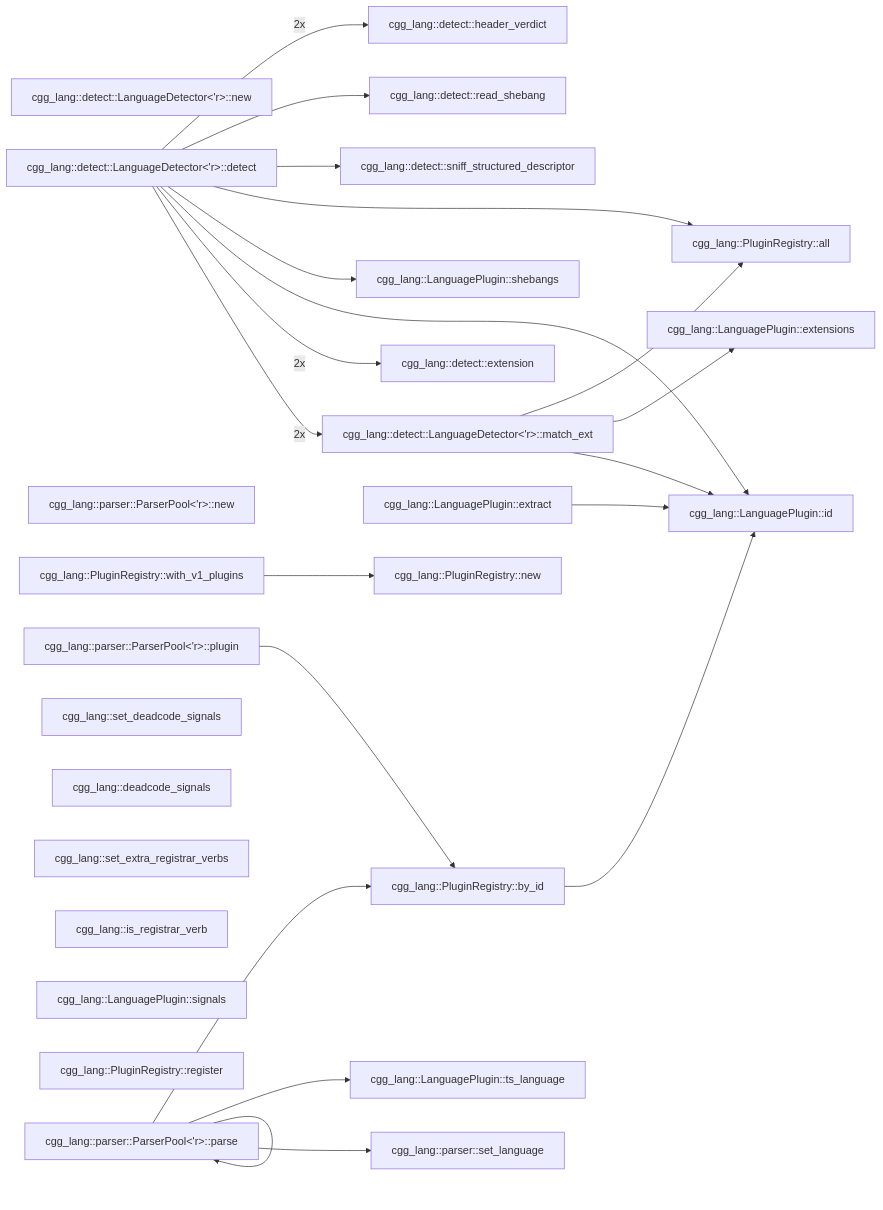
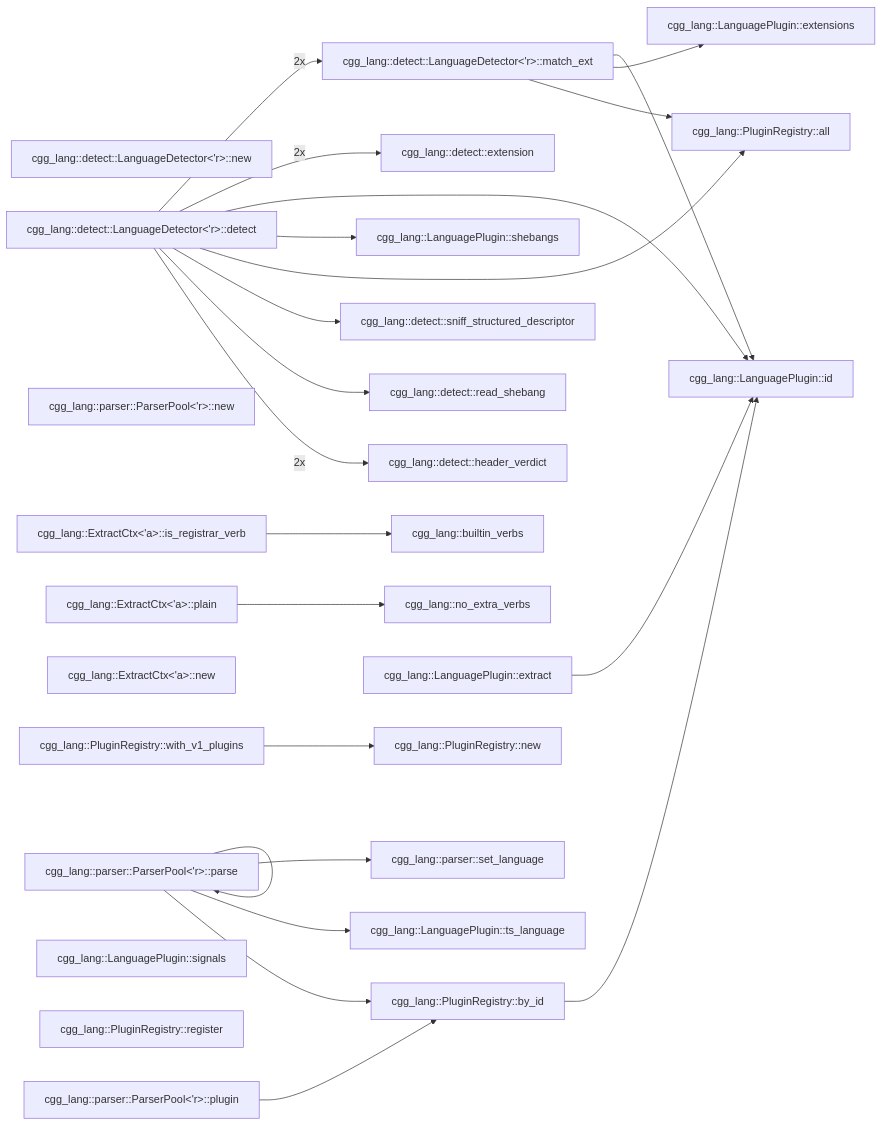
The third of 4 diagrams in README.md (NeuralNotwerk/cgg), drawn with Mermaid before and after one commit. The commit also changed other lines of this file and 15 other files, not shown here.

````diff
--- a/README.md
+++ b/README.md
@@ -568,48 +546,51 @@
 ```mermaid
 flowchart LR
   C0["cgg_lang::detect::LanguageDetector<'r>::new"]
   C1["cgg_lang::detect::LanguageDetector<'r>::detect"]
   C2["cgg_lang::detect::LanguageDetector<'r>::match_ext"]
   C3["cgg_lang::detect::extension"]
   C4["cgg_lang::detect::sniff_structured_descriptor"]
   C5["cgg_lang::detect::read_shebang"]
   C6["cgg_lang::detect::header_verdict"]
   C19["cgg_lang::parser::ParserPool<'r>::new"]
   C20["cgg_lang::parser::ParserPool<'r>::parse"]
   C21["cgg_lang::parser::ParserPool<'r>::plugin"]
   C22["cgg_lang::parser::set_language"]
-  C26["cgg_lang::set_deadcode_signals"]
-  C27["cgg_lang::deadcode_signals"]
-  C28["cgg_lang::set_extra_registrar_verbs"]
-  C29["cgg_lang::is_registrar_verb"]
-  C30["cgg_lang::LanguagePlugin::id"]
-  C31["cgg_lang::LanguagePlugin::extensions"]
-  C32["cgg_lang::LanguagePlugin::shebangs"]
-  C33["cgg_lang::LanguagePlugin::signals"]
-  C34["cgg_lang::LanguagePlugin::ts_language"]
-  C35["cgg_lang::LanguagePlugin::extract"]
-  C36["cgg_lang::PluginRegistry::new"]
-  C37["cgg_lang::PluginRegistry::register"]
-  C38["cgg_lang::PluginRegistry::all"]
-  C39["cgg_lang::PluginRegistry::by_id"]
-  C40["cgg_lang::PluginRegistry::with_v1_plugins"]
+  C26["cgg_lang::builtin_verbs"]
+  C27["cgg_lang::no_extra_verbs"]
+  C28["cgg_lang::ExtractCtx<'a>::new"]
+  C29["cgg_lang::ExtractCtx<'a>::plain"]
+  C30["cgg_lang::ExtractCtx<'a>::is_registrar_verb"]
+  C31["cgg_lang::LanguagePlugin::id"]
+  C32["cgg_lang::LanguagePlugin::extensions"]
+  C33["cgg_lang::LanguagePlugin::shebangs"]
+  C34["cgg_lang::LanguagePlugin::signals"]
+  C35["cgg_lang::LanguagePlugin::ts_language"]
+  C36["cgg_lang::LanguagePlugin::extract"]
+  C37["cgg_lang::PluginRegistry::new"]
+  C38["cgg_lang::PluginRegistry::register"]
+  C39["cgg_lang::PluginRegistry::all"]
+  C40["cgg_lang::PluginRegistry::by_id"]
+  C41["cgg_lang::PluginRegistry::with_v1_plugins"]
   C1 -->|2x| C2
   C1 -->|2x| C3
-  C1 --> C30
-  C1 --> C32
-  C1 --> C38
+  C1 --> C31
+  C1 --> C33
+  C1 --> C39
   C1 --> C4
   C1 --> C5
   C1 -->|2x| C6
-  C2 --> C30
   C2 --> C31
-  C2 --> C38
+  C2 --> C32
+  C2 --> C39
   C20 --> C20
   C20 --> C22
-  C20 --> C34
-  C20 --> C39
-  C21 --> C39
-  C35 --> C30
-  C39 --> C30
-  C40 --> C36
+  C20 --> C35
+  C20 --> C40
+  C21 --> C40
+  C29 --> C27
+  C30 --> C26
+  C36 --> C31
+  C40 --> C31
+  C41 --> C37
 ```
````
